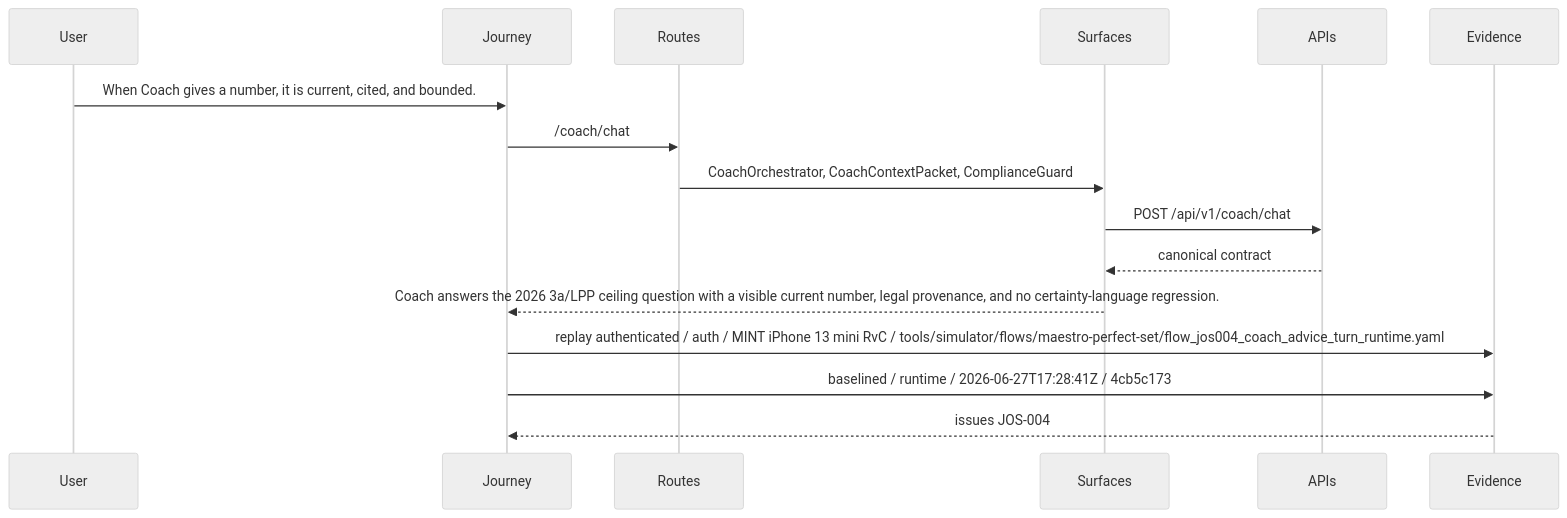
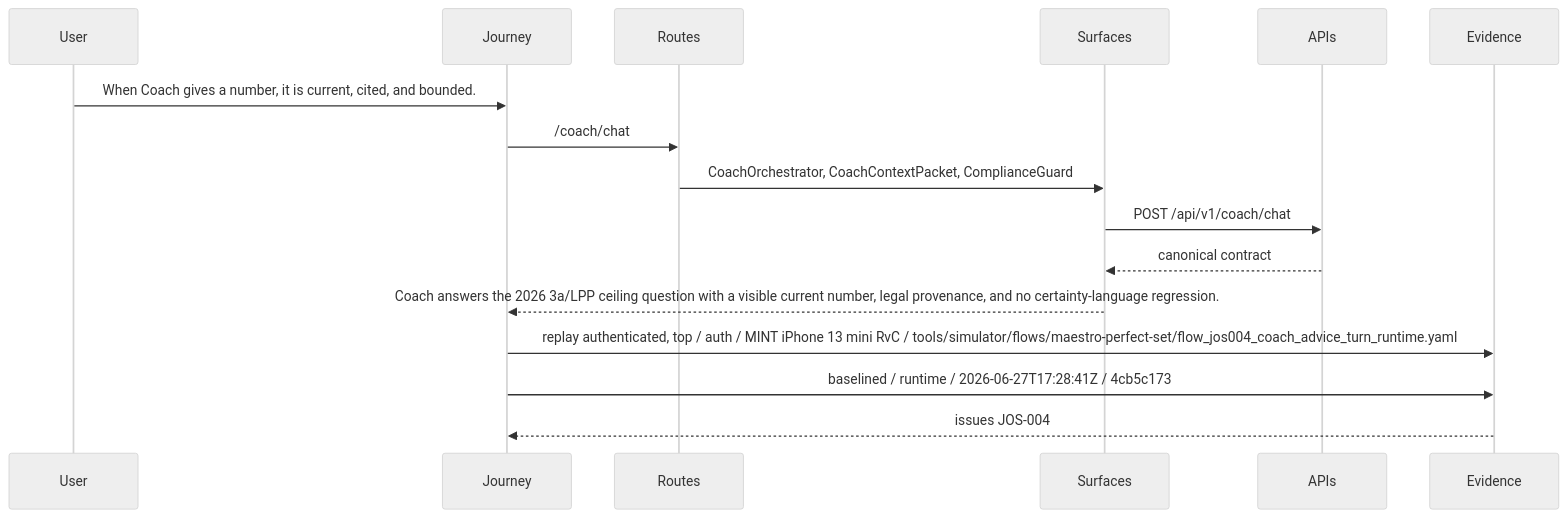
One commit to MINT-IA/MINT changed the diagram in .planning/journeys/diagrams/coach_advice_turn_sequence.mmd. Above: the diagram before and after it, drawn with Mermaid (neutral theme). The commit also changed 15 other files, not shown here.

Commit message:
Record JOS005 first value runtime proof

```diff
--- a/.planning/journeys/diagrams/coach_advice_turn_sequence.mmd
+++ b/.planning/journeys/diagrams/coach_advice_turn_sequence.mmd
@@ -1,17 +1,17 @@
 %% Generated from .planning/journeys/records/coach_advice_turn.json
 sequenceDiagram
   participant User
   participant Journey
   participant Routes
   participant Surfaces
   participant APIs
   participant Evidence
   User->>Journey: When Coach gives a number, it is current, cited, and bounded.
   Journey->>Routes: /coach/chat
   Routes->>Surfaces: CoachOrchestrator, CoachContextPacket, ComplianceGuard
   Surfaces->>APIs: POST /api/v1/coach/chat
   APIs-->>Surfaces: canonical contract
   Surfaces-->>Journey: Coach answers the 2026 3a/LPP ceiling question with a visible current number, legal provenance, and no certainty-language regression.
-  Journey->>Evidence: replay authenticated / auth / MINT iPhone 13 mini RvC / tools/simulator/flows/maestro-perfect-set/flow_jos004_coach_advice_turn_runtime.yaml
+  Journey->>Evidence: replay authenticated, top / auth / MINT iPhone 13 mini RvC / tools/simulator/flows/maestro-perfect-set/flow_jos004_coach_advice_turn_runtime.yaml
   Journey->>Evidence: baselined / runtime / 2026-06-27T17:28:41Z / 4cb5c173
   Evidence-->>Journey: issues JOS-004
```
